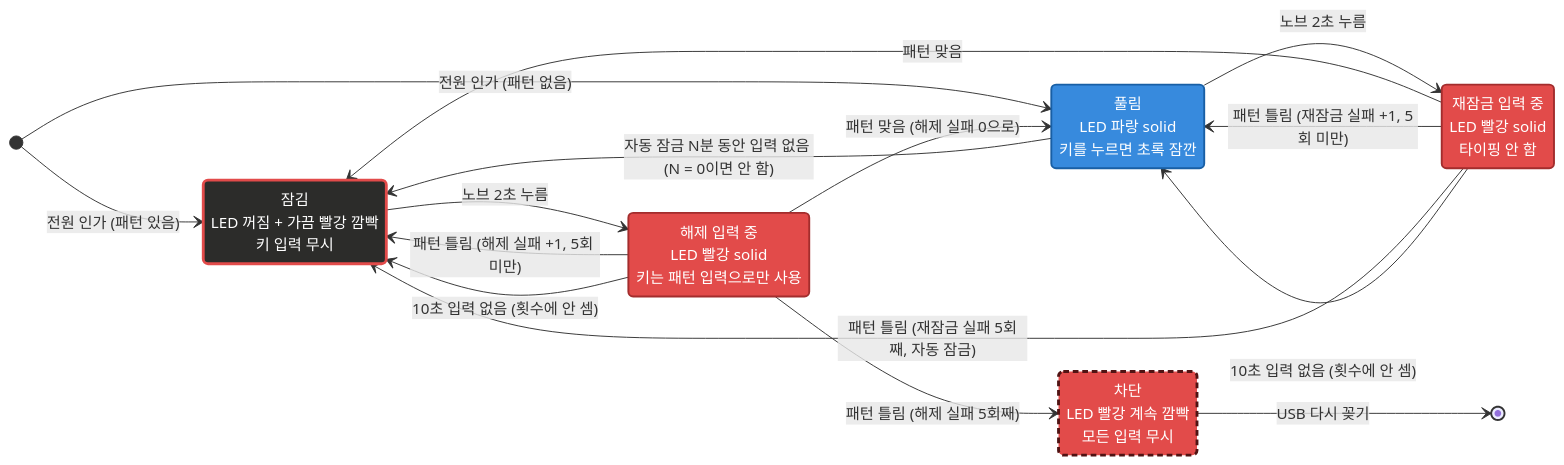
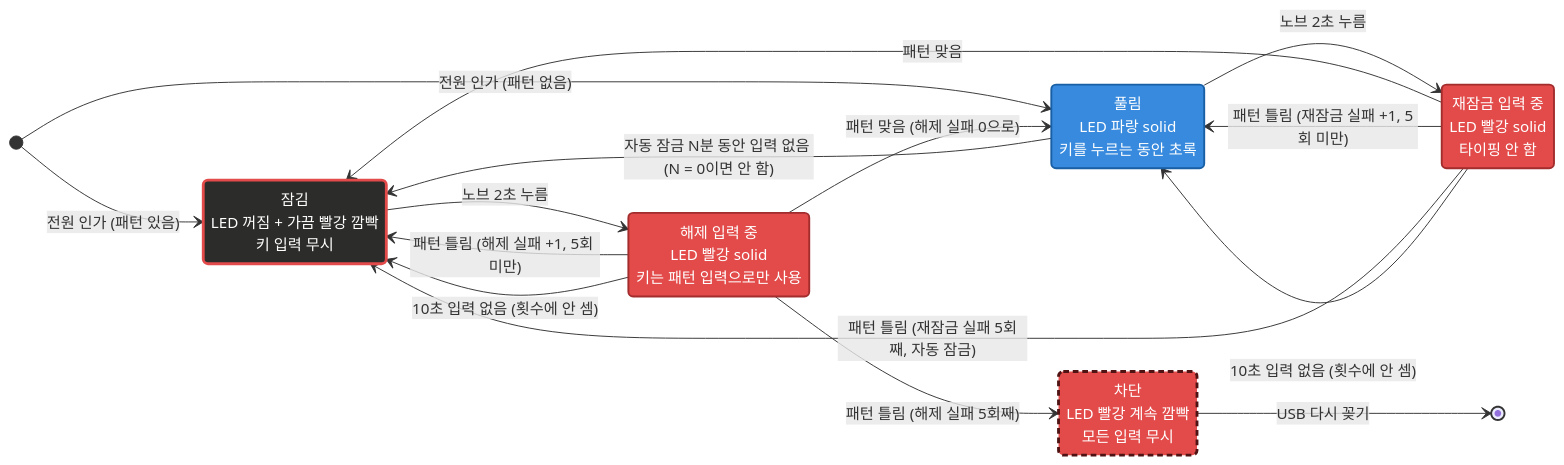
One commit to Kimbyung-wook/USB-custom-keyboard changed the diagram in README.md. Above: the diagram before and after it, drawn with Mermaid. The commit also changed other lines of this file and 32 other files, not shown here.

````diff
--- a/README.md
+++ b/README.md
@@ -63,37 +63,37 @@
 ```mermaid
 stateDiagram-v2
     direction LR
 
     state "잠김<br/>LED 꺼짐 + 가끔 빨강 깜빡<br/>키 입력 무시" as Locked
     state "해제 입력 중<br/>LED 빨강 solid<br/>키는 패턴 입력으로만 사용" as Unlocking
     state "차단<br/>LED 빨강 계속 깜빡<br/>모든 입력 무시" as Blocked
-    state "풀림<br/>LED 파랑 solid<br/>키를 누르면 초록 잠깐" as Open
+    state "풀림<br/>LED 파랑 solid<br/>키를 누르는 동안 초록" as Open
     state "재잠금 입력 중<br/>LED 빨강 solid<br/>타이핑 안 함" as Relock
 
     [*] --> Locked : 전원 인가 (패턴 있음)
     [*] --> Open : 전원 인가 (패턴 없음)
 
     Locked --> Unlocking : 노브 2초 누름
     Unlocking --> Open : 패턴 맞음 (해제 실패 0으로)
     Unlocking --> Locked : 패턴 틀림 (해제 실패 +1, 5회 미만)
     Unlocking --> Blocked : 패턴 틀림 (해제 실패 5회째)
     Unlocking --> Locked : 10초 입력 없음 (횟수에 안 셈)
     Blocked --> [*] : USB 다시 꽂기
 
     Open --> Relock : 노브 2초 누름
     Relock --> Locked : 패턴 맞음
     Relock --> Open : 패턴 틀림 (재잠금 실패 +1, 5회 미만)
     Relock --> Locked : 패턴 틀림 (재잠금 실패 5회째, 자동 잠금)
     Relock --> Open : 10초 입력 없음 (횟수에 안 셈)
     Open --> Locked : 자동 잠금 N분 동안 입력 없음 (N = 0이면 안 함)
 
     %% 박스 색 = LED 색 (검정 바탕 + 빨간 테두리 = 꺼짐에 가끔 빨강, 점선 테두리 = 계속 깜빡임)
     classDef ledOffBlink fill:#2C2C2A,stroke:#E24B4A,stroke-width:3px,color:#FFFFFF
     classDef ledRed fill:#E24B4A,stroke:#A32D2D,stroke-width:2px,color:#FFFFFF
     classDef ledRedBlink fill:#E24B4A,stroke:#501313,stroke-width:3px,stroke-dasharray:6 4,color:#FFFFFF
     classDef ledBlue fill:#378ADD,stroke:#185FA5,stroke-width:2px,color:#FFFFFF
     class Locked ledOffBlink
     class Unlocking, Relock ledRed
     class Blocked ledRedBlink
     class Open ledBlue
 ```
````
